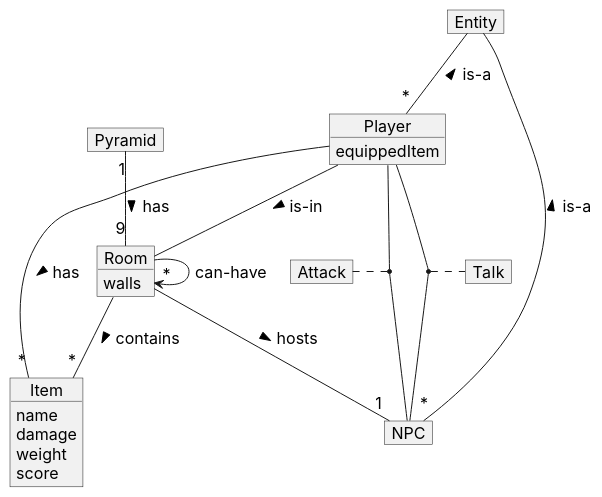
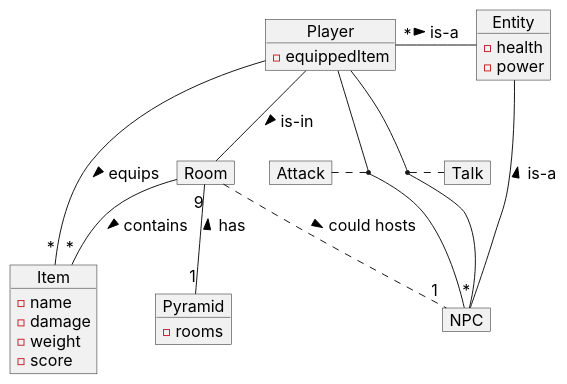
The diagram in plantuml/domain-model.plantuml (MarvinTheMoodLifter/escape-from-Dahshur), drawn with PlantUML before and after one commit. The commit also changed 4 other files, not shown here.

Commit message:
updated domain-model and rendered all plantuml diagrams

```diff
--- a/plantuml/domain-model.plantuml
+++ b/plantuml/domain-model.plantuml
@@ -1,36 +1,43 @@
 @startuml Domain Model
 skinparam DefaultFontName Inter
 skinparam DefaultFontSize 16
 skinparam DefaultFontStyle bold
 skinparam ArrowThickness 1
 hide empty members
 
 object "Player" as Main_Character {
-  equippedItem
+  - equippedItem
 }
-object Entity
+object Entity {
+  - health
+  - power
+}
 object Attack
 object Talk
 object Item {
-  name
-  damage 
-  weight 
-  score
+  - name
+  - damage 
+  - weight 
+  - score
 }
 object NPC 
-object Pyramid 
-object Room {
-  walls
+object Pyramid {
+  - rooms
 }
+object Room 
 
 Entity -- "*" Main_Character : is-a <
 Entity -- "*" NPC : is-a <
 Main_Character -- Room : is-in >
-Main_Character -- "*" Item : has >
+Main_Character -- "*" Item : equips >
 (Main_Character,NPC) .. Attack
 (Main_Character,NPC) .. Talk
 Room -- "*" Item : contains >
-Room -- "1" NPC : hosts >
-Room --> "*" Room : can-have
+Room .. "1" NPC : could hosts >
 Pyramid "1" -- "9" Room : has >
+
+Main_Character -[hidden]down- Room
+Entity -[hidden]left- Main_Character
+Pyramid -[hidden]up- Room
+
 @enduml
```
